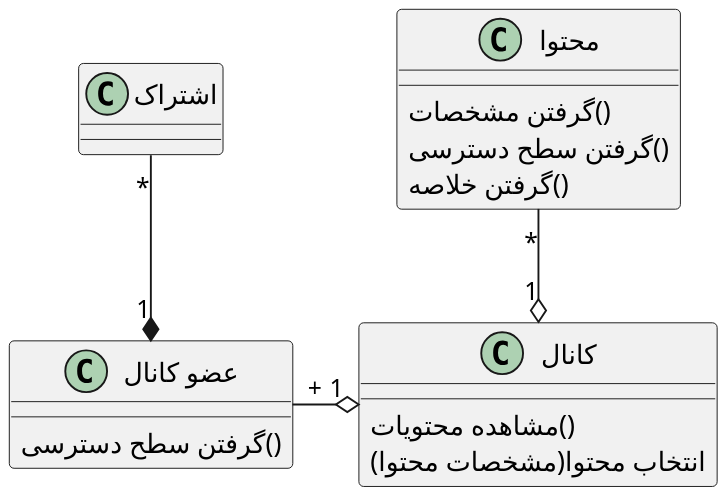
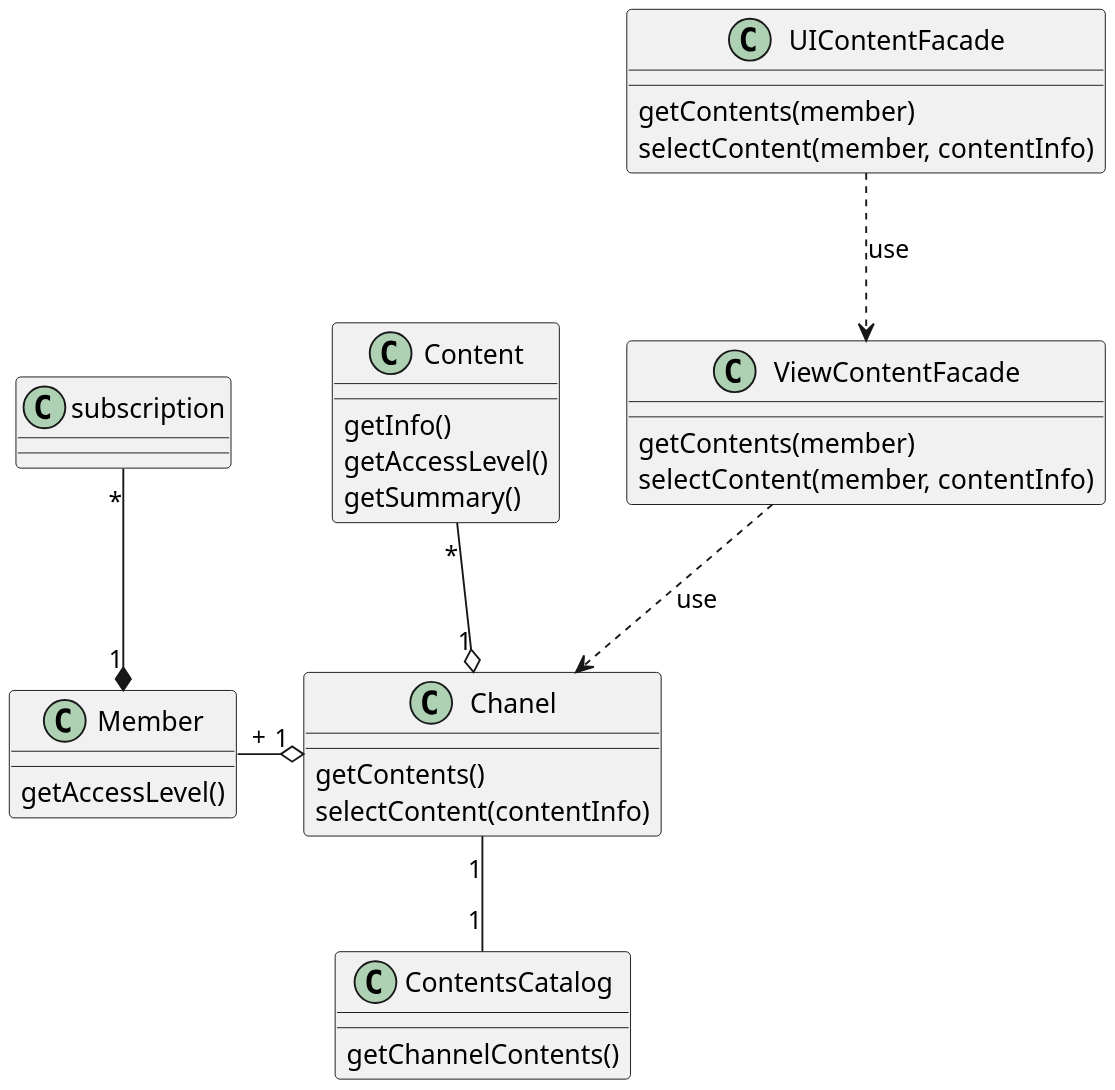
One commit to soleyman79/Qasedak changed the diagram in Diagrams/Design Class/SeeContent.puml. Above: the diagram before and after it, drawn with PlantUML.

Commit message:
update Design class: SeeContent

```diff
--- a/Diagrams/Design Class/SeeContent.puml
+++ b/Diagrams/Design Class/SeeContent.puml
@@ -1,29 +1,44 @@
 @startuml see_content
 
 scale 2
 skinparam DefaultFontName B Nazanin
 
 
-class "محتوا" as content {
-    گرفتن مشخصات()
-    گرفتن سطح دسترسی()
-    گرفتن خلاصه()
+class "Content" as content {
+    getInfo()
+    getAccessLevel()
+    getSummary()
 }
 
-class "کانال" as chanel {
-    مشاهده محتویات()
-    انتخاب محتوا(مشخصات محتوا)
+class "Chanel" as chanel {
+    getContents()
+    selectContent(contentInfo)
 }
 
-class "عضو کانال" as member {
-    گرفتن سطح دسترسی()
+class "Member" as member {
+    getAccessLevel()
 }
 
-class "اشتراک" as subscription{
+class UIContentFacade {
+    getContents(member)
+    selectContent(member, contentInfo)
+}
+
+class ViewContentFacade {
+    getContents(member)
+    selectContent(member, contentInfo)
+}
+
+class ContentsCatalog {
+    getChannelContents()
 }
 
 content "*" --o "1" chanel
 chanel "1" o-left- "+" member
 subscription "*" --* "1" member
+chanel "1" -- "1" ContentsCatalog
+UIContentFacade ..> ViewContentFacade :use
+ViewContentFacade ..> chanel :use
+
 
 @enduml
```
